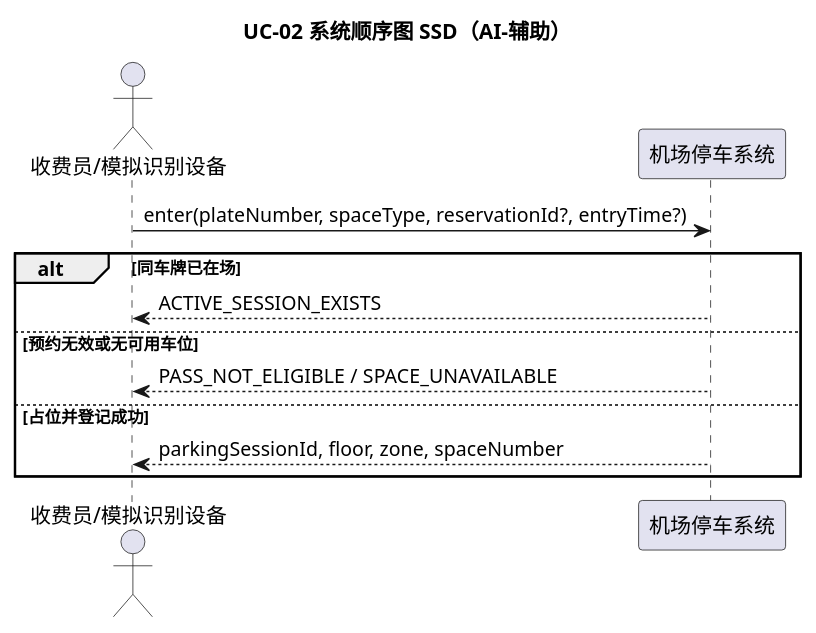
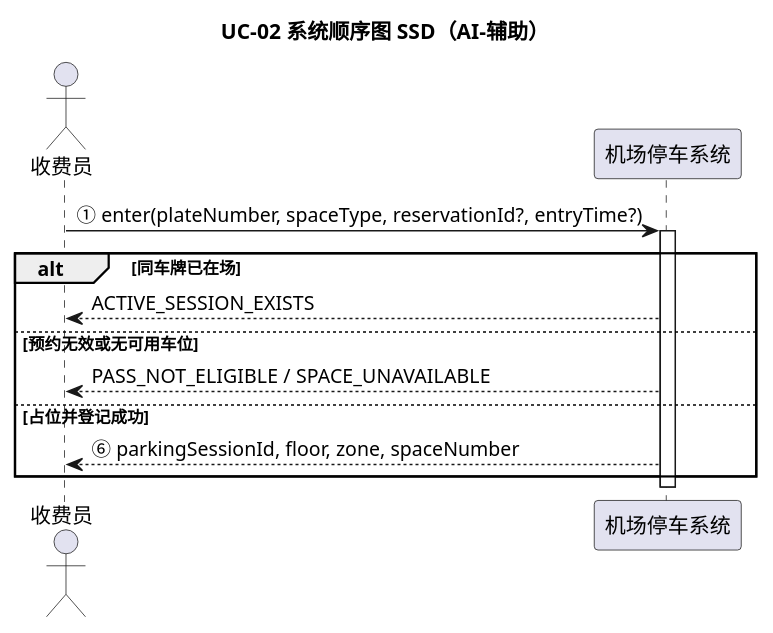
Before and after one commit to Gindama713/UMLWORK: the diagram in models/05-entry-ssd.puml, drawn with PlantUML. The commit also changed 39 other files, not shown here.

Commit message:
refine UML notation and report figure layout

```diff
--- a/models/05-entry-ssd.puml
+++ b/models/05-entry-ssd.puml
@@ -1,13 +1,15 @@
 @startuml
 title UC-02 系统顺序图 SSD（AI-辅助）
-actor "收费员/模拟识别设备" as actor
+actor "收费员" as actor
 participant "机场停车系统" as system
-actor -> system : enter(plateNumber, spaceType, reservationId?, entryTime?)
+actor -> system : ① enter(plateNumber, spaceType, reservationId?, entryTime?)
+activate system
 alt 同车牌已在场
   system --> actor : ACTIVE_SESSION_EXISTS
 else 预约无效或无可用车位
   system --> actor : PASS_NOT_ELIGIBLE / SPACE_UNAVAILABLE
 else 占位并登记成功
-  system --> actor : parkingSessionId, floor, zone, spaceNumber
+  system --> actor : ⑥ parkingSessionId, floor, zone, spaceNumber
 end
+deactivate system
 @enduml
```
